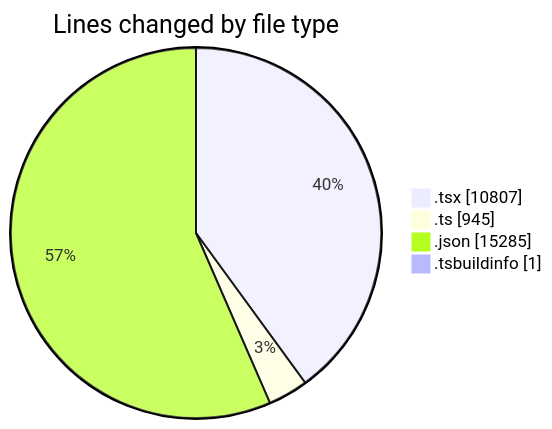
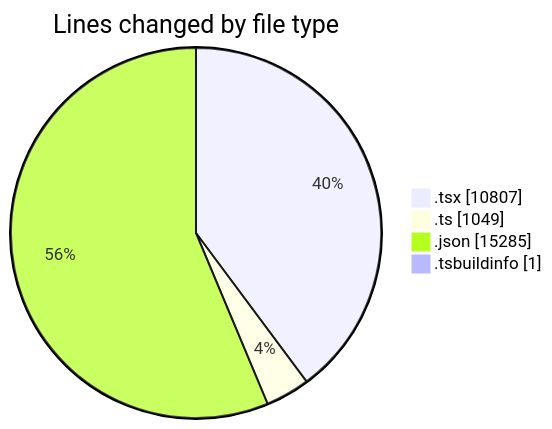
Before and after one commit to robertbonfada/code-tracking: the first of 2 diagrams in 2025-02-18/mbc-web/README.md, drawn with Mermaid. The commit also changed other lines of this file and 1 other file, not shown here.

````diff
--- a/2025-02-18/mbc-web/README.md
+++ b/2025-02-18/mbc-web/README.md
@@ -142,8 +145,8 @@
 ```mermaid
 pie showData
 title Lines changed by file type
 ".tsx" : 10807
-".ts" : 945
+".ts" : 1049
 ".json" : 15285
 ".tsbuildinfo" : 1
 ```
````
